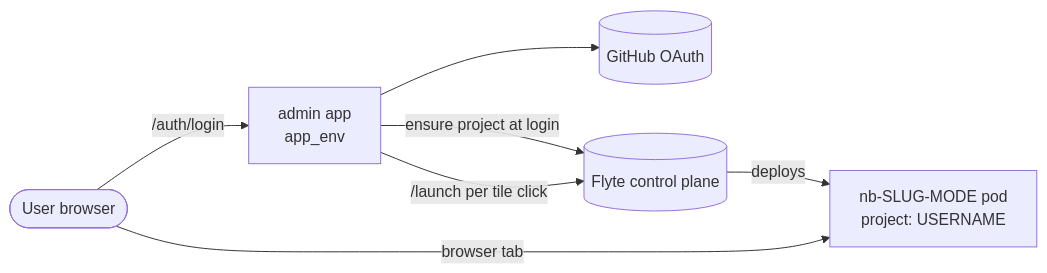
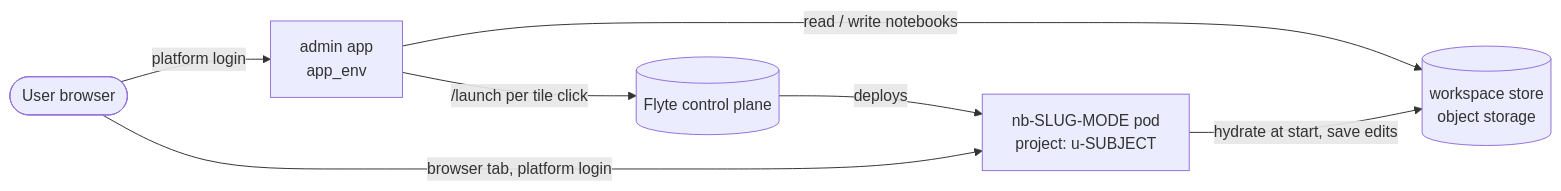
One commit to StargazerBio/stargazer changed the first of 2 diagrams in docs/architecture/app.md. Above: the diagram before and after it, drawn with Mermaid. The commit also changed other lines of this file and 5 other files, not shown here.

````diff
--- a/docs/architecture/app.md
+++ b/docs/architecture/app.md
@@ -14,9 +14,9 @@
 ```mermaid
 flowchart LR
-    U([User browser]) -->|/auth/login| L[admin app<br/>app_env]
-    L --> GH[(GitHub OAuth)]
-    L -->|ensure project at login| FCP[(Flyte control plane)]
-    L -->|/launch per tile click| FCP
-    FCP -->|deploys| N[nb-SLUG-MODE pod<br/>project: USERNAME]
-    U -->|browser tab| N
+    U([User browser]) -->|platform login| A[admin app<br/>app_env]
+    A -->|read / write notebooks| S[(workspace store<br/>object storage)]
+    A -->|/launch per tile click| FCP[(Flyte control plane)]
+    FCP -->|deploys| N[nb-SLUG-MODE pod<br/>project: u-SUBJECT]
+    U -->|browser tab, platform login| N
+    N -->|hydrate at start, save edits| S
 ```
````
